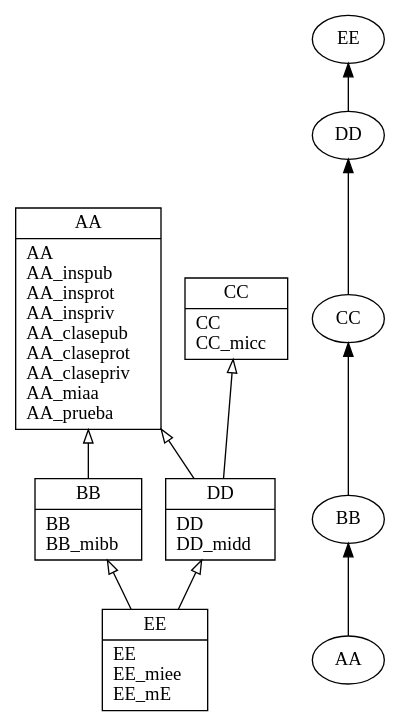
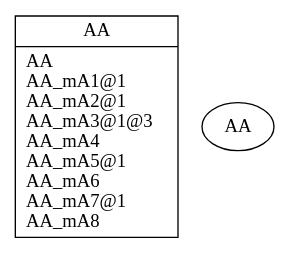
The diagram in OO/tsc.dot (rriol97/PAUTLEN), drawn with Graphviz before and after one commit. The commit also changed 2 other files, not shown here.

```diff
--- a/OO/tsc.dot
+++ b/OO/tsc.dot
@@ -1,24 +1,7 @@
 digraph grafo_clases  { rankdir=BT;
 edge [arrowhead = empty]
-AA [label="{AA|AA\lAA_inspub\lAA_insprot\lAA_inspriv\lAA_clasepub\lAA_claseprot\lAA_clasepriv\lAA_miaa\lAA_prueba\l}"][shape=record];
-BB [label="{BB|BB\lBB_mibb\l}"][shape=record];
-CC [label="{CC|CC\lCC_micc\l}"][shape=record];
-DD [label="{DD|DD\lDD_midd\l}"][shape=record];
-EE [label="{EE|EE\lEE_miee\lEE_mE\l}"][shape=record];
-BB -> AA ;
-DD -> CC ;
-DD -> AA ;
-EE -> DD ;
-EE -> BB ;
+AA [label="{AA|AA\lAA_mA1@1\lAA_mA2@1\lAA_mA3@1@3\lAA_mA4\lAA_mA5@1\lAA_mA6\lAA_mA7@1\lAA_mA8\l}"][shape=record];
 edge [arrowhead = normal]
 AAN0 [label="AA"][shape=oval];
-BBN1 [label="BB"][shape=oval];
-CCN2 [label="CC"][shape=oval];
-DDN3 [label="DD"][shape=oval];
-EEN4 [label="EE"][shape=oval];
-AAN0 -> BBN1 ;
-BBN1 -> CCN2 ;
-CCN2 -> DDN3 ;
-DDN3 -> EEN4 ;
 
 }
```
